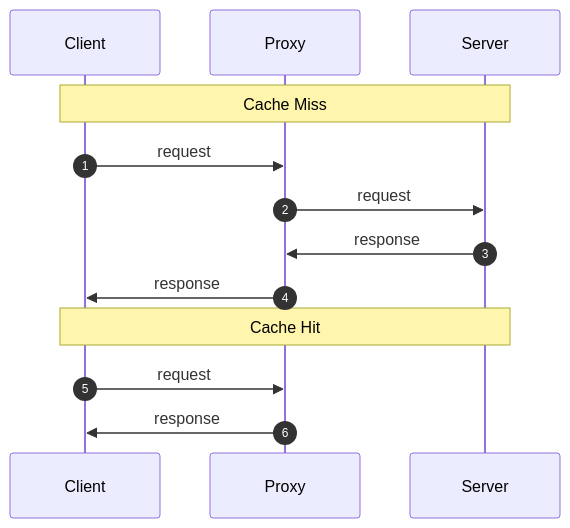
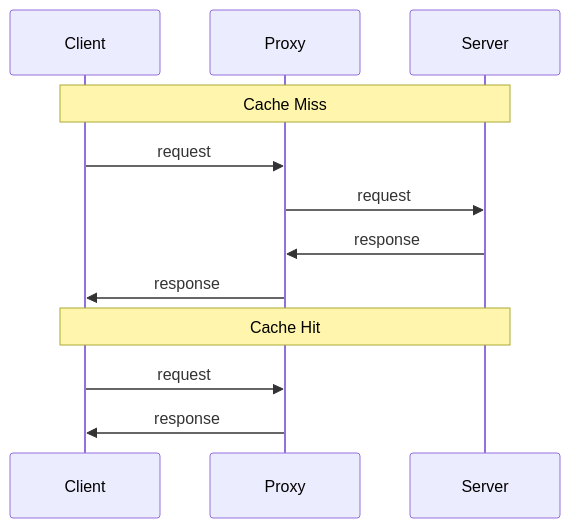
Before and after one commit to wdyjwdy/notes: the fourth of 5 diagrams in network/http.md, drawn with Mermaid.

Commit message:
Add autonumber to conditional GET sequence diagram

````diff
--- a/network/http.md
+++ b/network/http.md
@@ -122,15 +122,14 @@
 ```mermaid
 sequenceDiagram
-  autonumber
   participant Client
   participant Proxy
   participant Server
   Note over Client, Server: Cache Miss
   Client ->> Proxy: request
   Proxy ->> Server: request
   Server ->> Proxy: response
   Proxy ->> Client: response
   Note over Client, Server: Cache Hit
   Client ->> Proxy: request
   Proxy ->> Client: response
 ```
````
